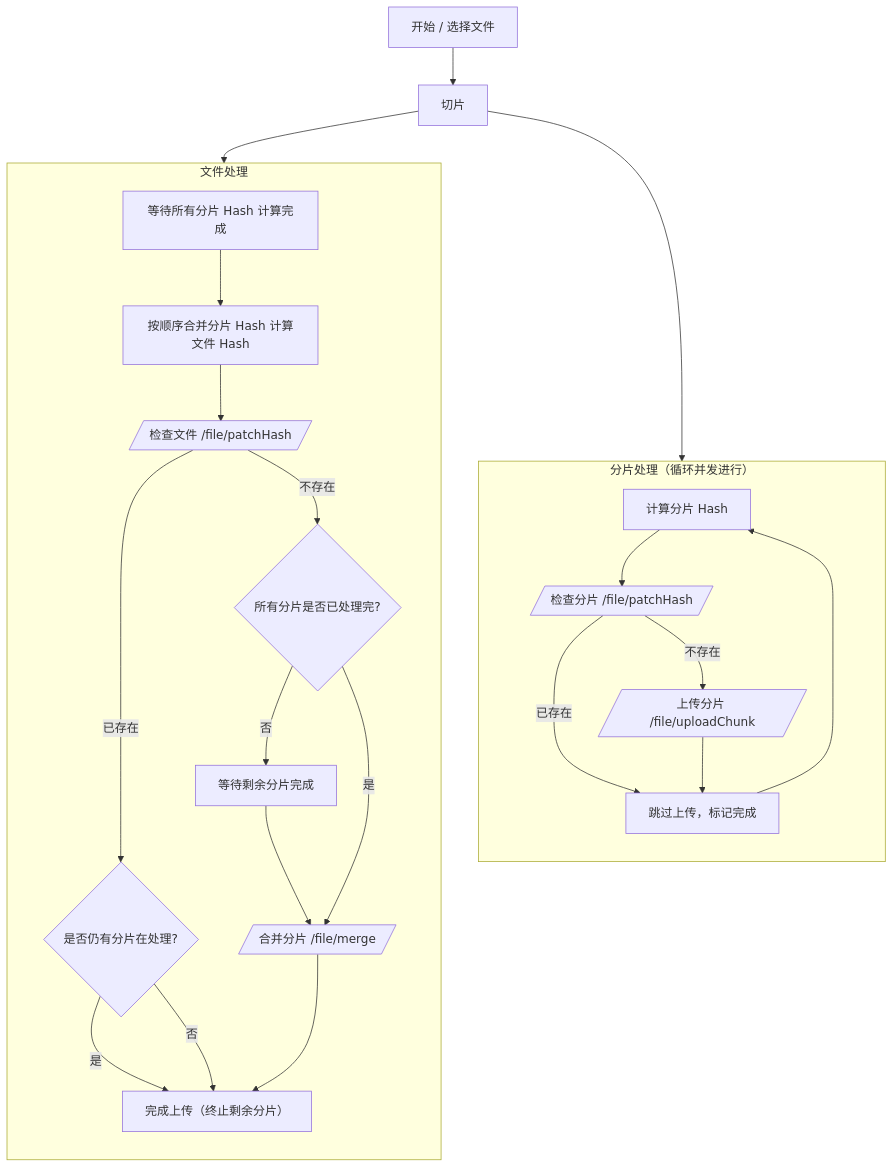
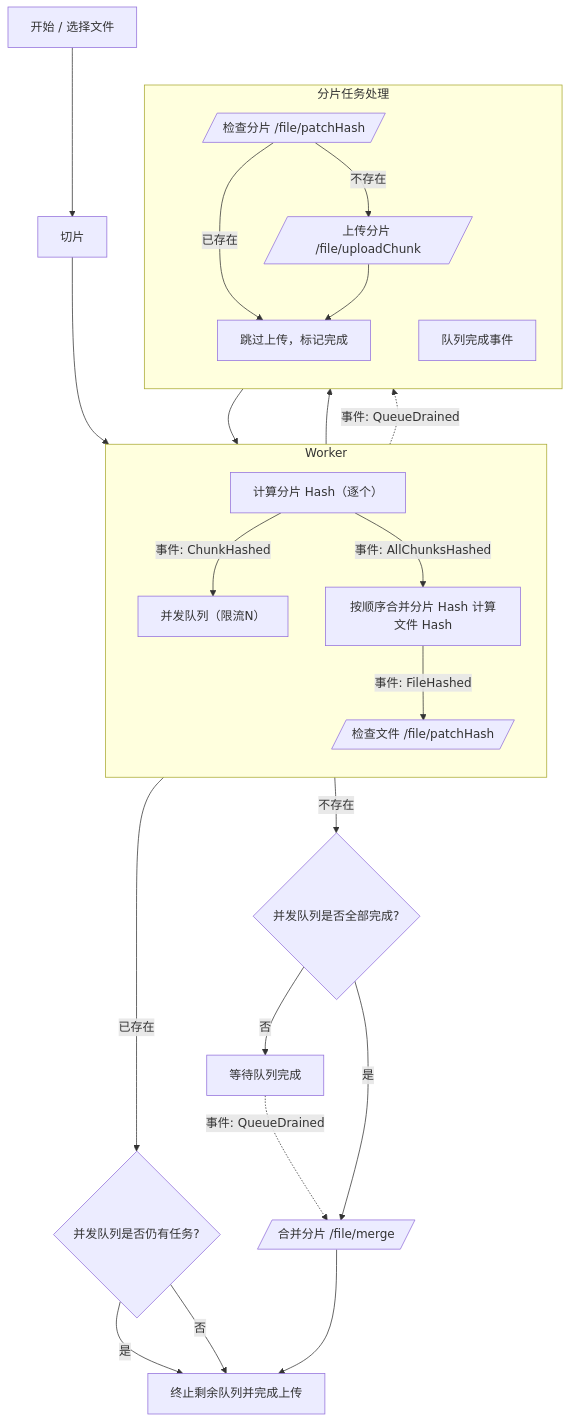
Before and after one commit to warmeaf/wf-upload: the diagram in packages/app/README.md, drawn with Mermaid. The commit also changed other lines of this file, not shown here.

````diff
--- a/packages/app/README.md
+++ b/packages/app/README.md
@@ -10,27 +16,32 @@
 ```mermaid
 flowchart TD
   A[开始 / 选择文件] --> B[切片]
-  B --> c1
-  B --> f0
 
-  subgraph CHUNK[分片处理（循环并发进行）]
+  subgraph WORKER[Worker]
     direction TB
-    c1[计算分片 Hash] --> c2[/检查分片 /file/patchHash/]
-    c2 -->|已存在| c4[跳过上传，标记完成]
-    c2 -->|不存在| c3[/上传分片 /file/uploadChunk/]
-    c3 --> c4
-    c4 --> c1
+    W1[计算分片 Hash（逐个）] -->|事件: ChunkHashed| Q[并发队列（限流N）]
+    W1 -->|事件: AllChunksHashed| W2[按顺序合并分片 Hash 计算文件 Hash]
+    W2 -->|事件: FileHashed| F2[/检查文件 /file/patchHash/]
   end
 
-  subgraph FILE[文件处理]
+  B --> W1
+
+  subgraph QUEUE[分片任务处理]
     direction TB
-    f0[等待所有分片 Hash 计算完成] --> f1[按顺序合并分片 Hash 计算文件 Hash]
-    f1 --> f2[/检查文件 /file/patchHash/]
-    f2 -->|已存在| f3{是否仍有分片在处理?}
-    f3 -->|是| f6[完成上传（终止剩余分片）]
-    f3 -->|否| f6
-    f2 -->|不存在| f4{所有分片是否已处理完?}
-    f4 -->|否| f5[等待剩余分片完成] --> f7[/合并分片 /file/merge/]
-    f4 -->|是| f7 --> f6
+    Q --> C2[/检查分片 /file/patchHash/]
+    C2 -->|已存在| C4[跳过上传，标记完成]
+    C2 -->|不存在| C3[/上传分片 /file/uploadChunk/]
+    C3 --> C4
+    C4 --> Q
+    Q -. 事件: QueueDrained .-> E[队列完成事件]
   end
+
+  F2 -->|已存在| F3{并发队列是否仍有任务?}
+  F3 -->|是| F6[终止剩余队列并完成上传]
+  F3 -->|否| F6
+
+  F2 -->|不存在| F4{并发队列是否全部完成?}
+  F4 -->|否| F5[等待队列完成] -. 事件: QueueDrained .-> F7[/合并分片 /file/merge/]
+  F4 -->|是| F7
+  F7 --> F6
 ```
````
